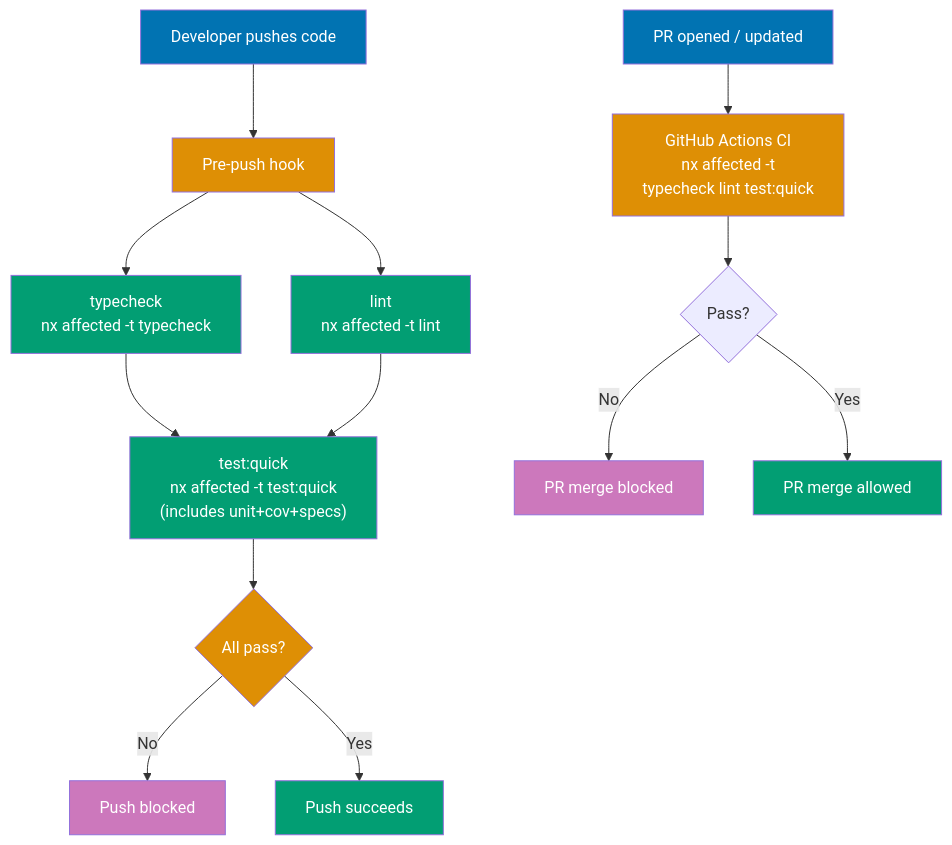
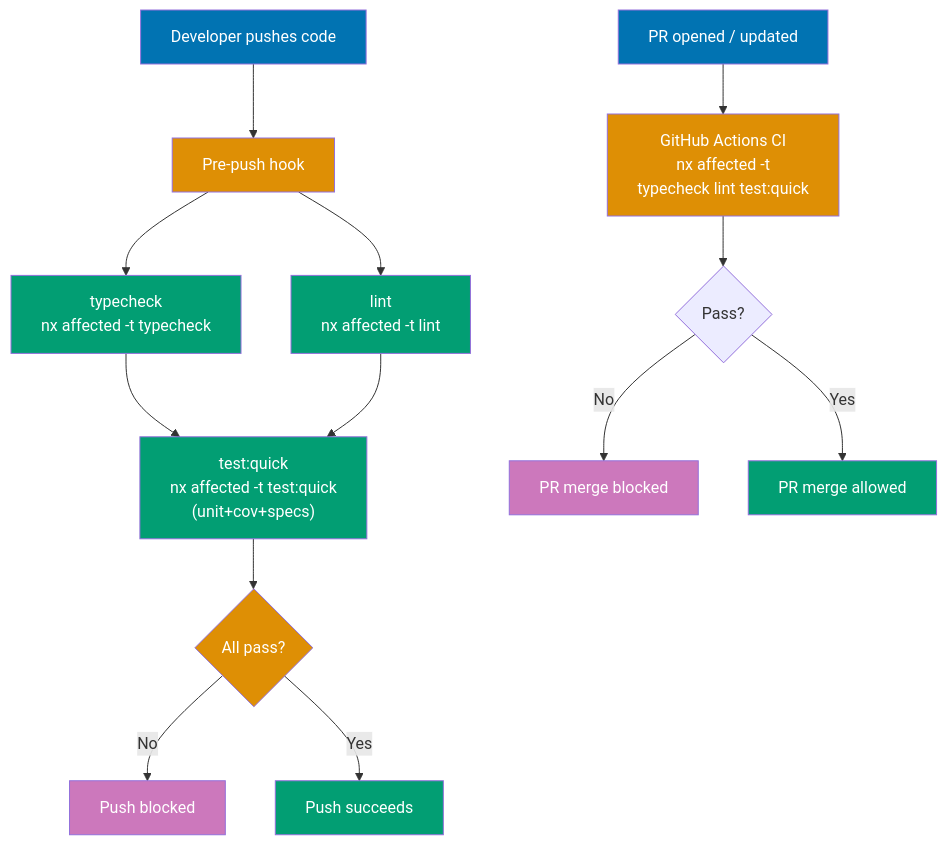
Before and after one commit to wahidyankf/open-sharia-fintech: the first of 2 diagrams in repo-governance/development/infra/nx-targets.md, drawn with Mermaid. The commit also changed other lines of this file and 2 other files, not shown here.

First line of the commit message:
perf(rhino-cli): lift coverage out of test:quick and collapse test:unit invocations

````diff
--- a/repo-governance/development/infra/nx-targets.md
+++ b/repo-governance/development/infra/nx-targets.md
@@ -28,29 +35,29 @@
 ```mermaid
 flowchart TD
     A[Developer pushes code] --> B[Pre-push hook]
     B --> C["typecheck<br/>nx affected -t typecheck"]
     B --> D["lint<br/>nx affected -t lint"]
-    C --> E["test:quick<br/>nx affected -t test:quick<br/>(includes unit+cov+specs)"]
+    C --> E["test:quick<br/>nx affected -t test:quick<br/>(unit+cov+specs)"]
     D --> E
     E --> F{All pass?}
     F -- No --> G[Push blocked]
     F -- Yes --> H[Push succeeds]
 
     P[PR opened / updated] --> Q["GitHub Actions CI<br/>nx affected -t<br/>typecheck lint test:quick"]
     Q --> R{Pass?}
     R -- No --> S[PR merge blocked]
     R -- Yes --> T[PR merge allowed]
 
     style A fill:#0173B2,color:#fff
     style B fill:#DE8F05,color:#fff
     style C fill:#029E73,color:#fff
     style D fill:#029E73,color:#fff
     style E fill:#029E73,color:#fff
     style F fill:#DE8F05,color:#fff
     style G fill:#CC78BC,color:#fff
     style H fill:#029E73,color:#fff
     style P fill:#0173B2,color:#fff
     style Q fill:#DE8F05,color:#fff
     style S fill:#CC78BC,color:#fff
     style T fill:#029E73,color:#fff
 ```
````
